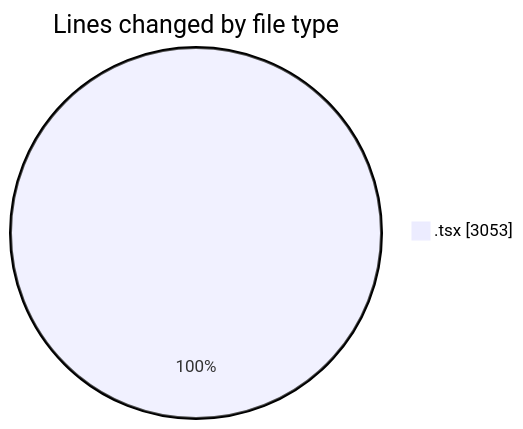
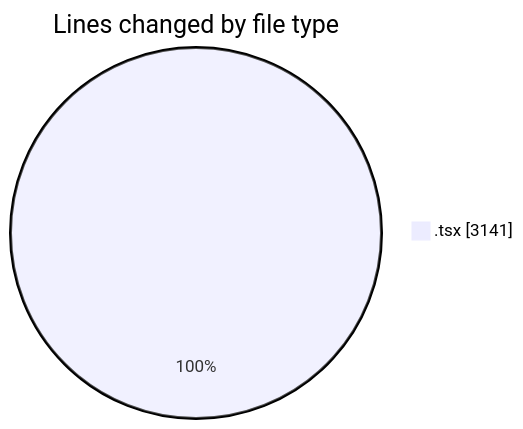
One commit to nxtqubesakshisongat/code-tracking changed the first of 2 diagrams in 2026-03-05/nxtqube_webapp/README.md. Above: the diagram before and after it, drawn with Mermaid. The commit also changed other lines of this file and 1 other file, not shown here.

````diff
--- a/2026-03-05/nxtqube_webapp/README.md
+++ b/2026-03-05/nxtqube_webapp/README.md
@@ -22,5 +22,5 @@
 ```mermaid
 pie showData
 title Lines changed by file type
-".tsx" : 3053
+".tsx" : 3141
 ```
````
